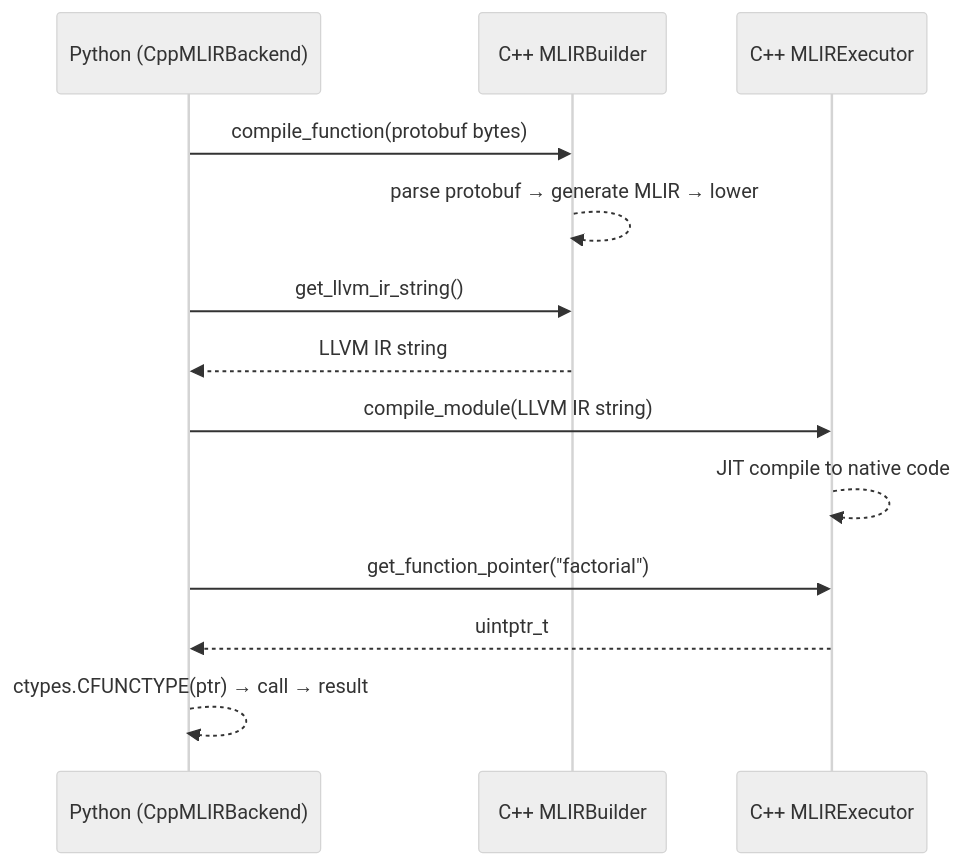
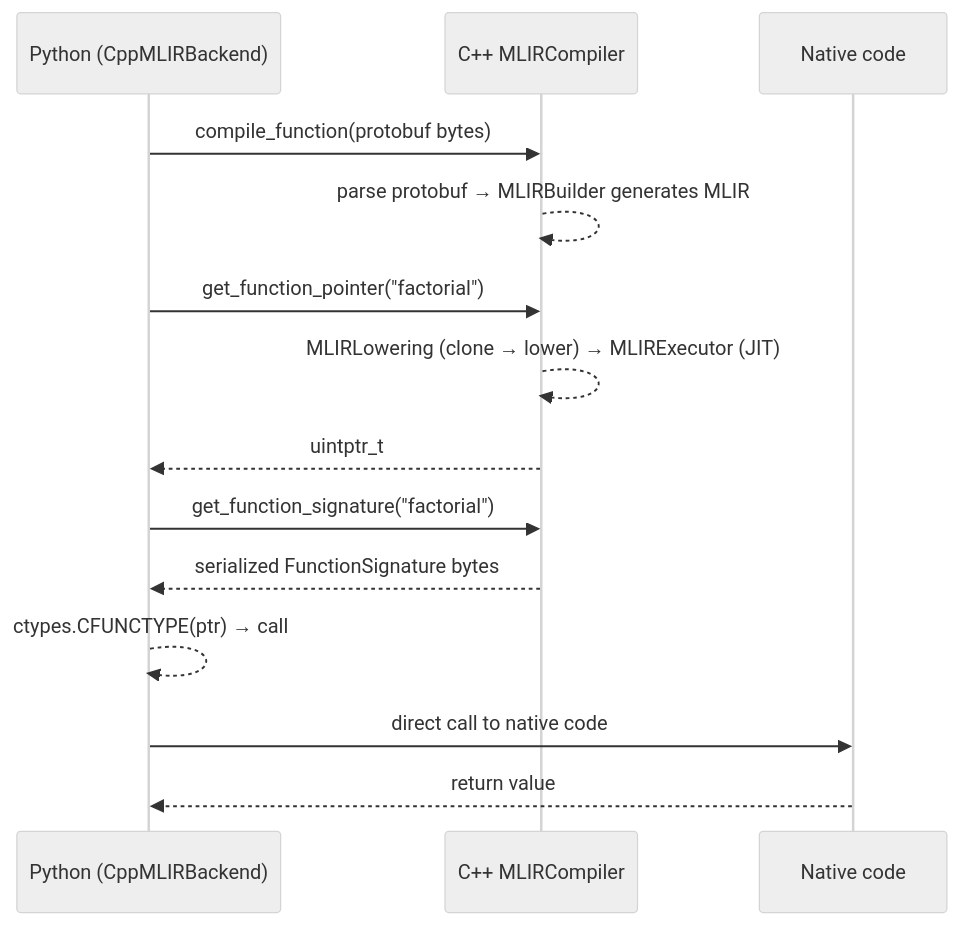
One commit to lbj321/ml-edsl changed the second of 2 diagrams in ARCHITECTURE.md. Above: the diagram before and after it, drawn with Mermaid (neutral theme). The commit also changed other lines of this file, not shown here.

Commit message:
ARCHITECTURE.md updated to conform with the new architecture

````diff
--- a/ARCHITECTURE.md
+++ b/ARCHITECTURE.md
@@ -159,16 +167,17 @@
 ```mermaid
 sequenceDiagram
     participant P as Python (CppMLIRBackend)
-    participant B as C++ MLIRBuilder
-    participant E as C++ MLIRExecutor
+    participant C as C++ MLIRCompiler
+    participant JIT as Native code
 
-    P->>B: compile_function(protobuf bytes)
-    B-->>B: parse protobuf → generate MLIR → lower
-    P->>B: get_llvm_ir_string()
-    B-->>P: LLVM IR string
-    P->>E: compile_module(LLVM IR string)
-    E-->>E: JIT compile to native code
-    P->>E: get_function_pointer("factorial")
-    E-->>P: uintptr_t
-    P-->>P: ctypes.CFUNCTYPE(ptr) → call → result
+    P->>C: compile_function(protobuf bytes)
+    C-->>C: parse protobuf → MLIRBuilder generates MLIR
+    P->>C: get_function_pointer("factorial")
+    C-->>C: MLIRLowering (clone → lower) → MLIRExecutor (JIT)
+    C-->>P: uintptr_t
+    P->>C: get_function_signature("factorial")
+    C-->>P: serialized FunctionSignature bytes
+    P-->>P: ctypes.CFUNCTYPE(ptr) → call
+    P->>JIT: direct call to native code
+    JIT-->>P: return value
 ```
````
